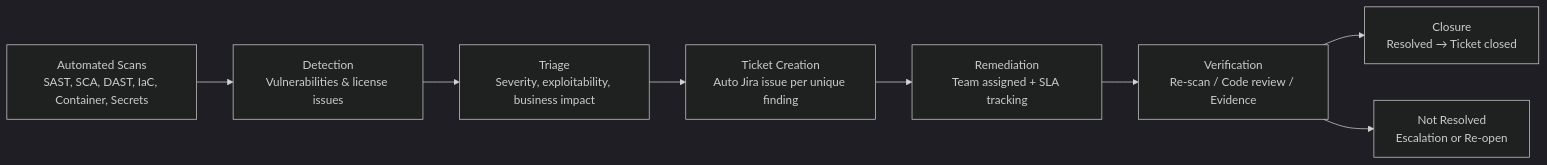
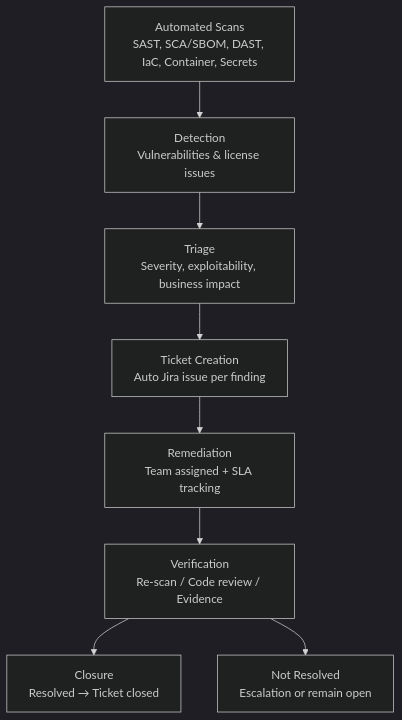
One commit to Mynkskhr/Mapping changed the diagram in inDev.md. Above: the diagram before and after it, drawn with Mermaid (dark theme).

````diff
--- a/inDev.md
+++ b/inDev.md
@@ -1,13 +1,18 @@
 ```mermaid
 
-flowchart LR
-    A[Automated Scans<br>SAST, SCA, DAST, IaC, Container, Secrets] --> B[Detection<br>Vulnerabilities & license issues]
-    B --> C[Triage<br>Severity, exploitability, business impact]
-    C --> D[Ticket Creation<br>Auto Jira issue per unique finding]
-    D --> E[Remediation<br>Team assigned + SLA tracking]
-    E --> F[Verification<br>Re-scan / Code review / Evidence]
-    
-    F --> G[Closure<br>Resolved → Ticket closed]
-    F --> H[Not Resolved<br>Escalation or Re-open]
+flowchart TB
+    A[Automated Scans<br>SAST, SCA/SBOM, DAST, IaC, Container, Secrets]
+    B[Detection<br>Vulnerabilities & license issues]
+    C[Triage<br>Severity, exploitability, business impact]
+    D[Ticket Creation<br>Auto Jira issue per finding]
+    E[Remediation<br>Team assigned + SLA tracking]
+    F[Verification<br>Re-scan / Code review / Evidence]
+    G[Closure<br>Resolved → Ticket closed]
+    H[Not Resolved<br>Escalation or remain open]
+
+    A --> B --> C --> D --> E --> F
+    F --> G
+    F --> H
+
 
 ```
````
